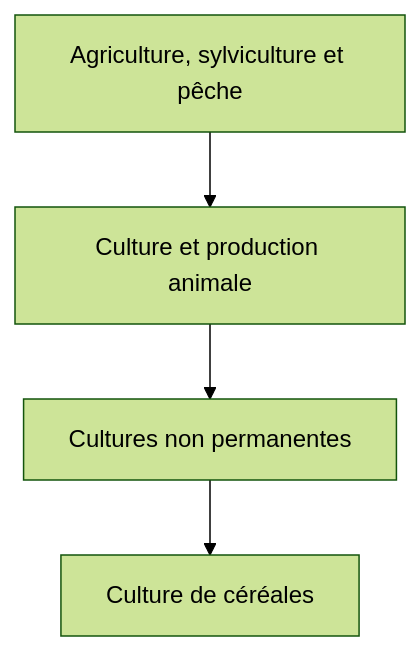
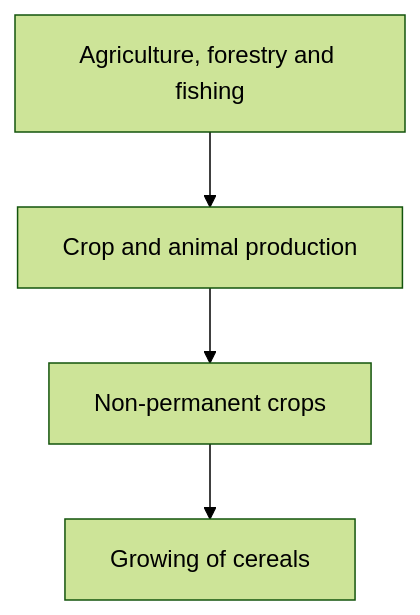
Before and after one commit to InseeFrLab/GRAAL: the first of 2 diagrams in presentation/presentation.qmd, drawn with Mermaid (forest theme). The commit also changed other lines of this file and 13 other files, not shown here.

````diff
--- a/presentation/presentation.qmd
+++ b/presentation/presentation.qmd
@@ -60,12 +59,12 @@
 ```{mermaid}
 flowchart TD
-  A["Agriculture, sylviculture et pêche"]
-  
-  D01["Culture et production animale"]
-  
-  G011["Cultures non permanentes"]
-  
-  C0111["Culture de céréales"]
-  
+  A["Agriculture, forestry and fishing"]
+
+  D01["Crop and animal production"]
+
+  G011["Non-permanent crops"]
+
+  C0111["Growing of cereals"]
+
   A --> D01 --> G011 --> C0111
 ```
````
